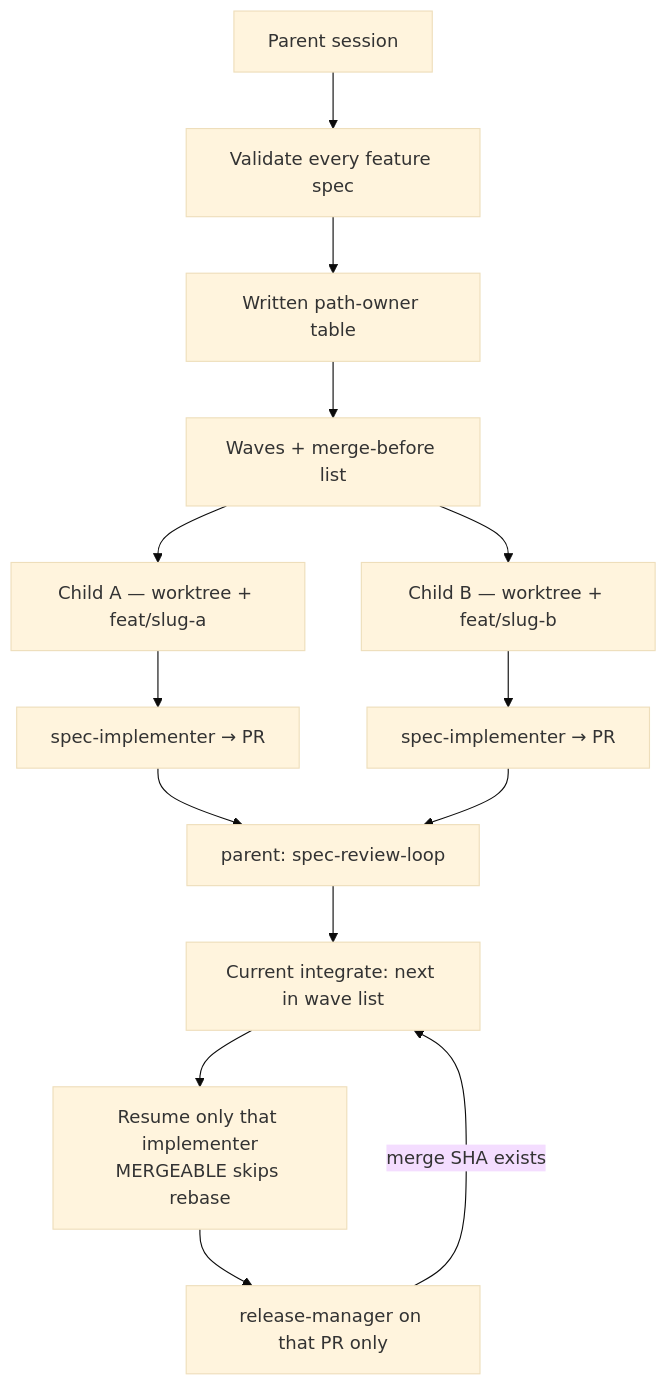
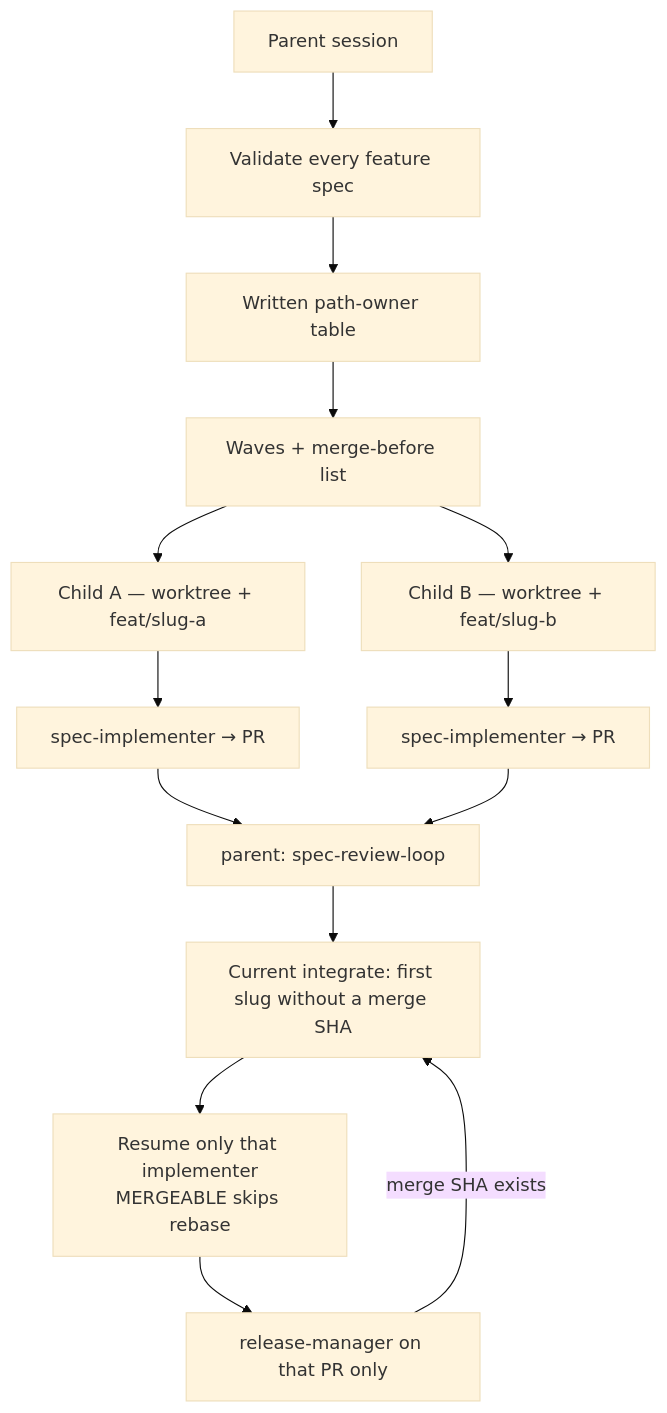
Before and after one commit to lonnylot/spec-loop: the fourth of 4 diagrams in README.md, drawn with Mermaid (base theme). The commit also changed 1 other file, not shown here.

Commit message:
docs: current integrate is first slug without a merge SHA
Initializing current to the first list slug re-selects a
merged PR 1 and can dispatch a second release-manager.

````diff
--- a/README.md
+++ b/README.md
@@ -128,16 +128,16 @@
 ```mermaid
 flowchart TB
   PARENT["Parent session"] --> SPECS["Validate every feature spec"]
   SPECS --> OWNERS["Written path-owner table"]
   OWNERS --> WAVE["Waves + merge-before list"]
   WAVE --> C1["Child A — worktree + feat/slug-a"]
   WAVE --> C2["Child B — worktree + feat/slug-b"]
   C1 --> A1["spec-implementer → PR"]
   C2 --> A2["spec-implementer → PR"]
   A1 --> REV["parent: spec-review-loop"]
   A2 --> REV
-  REV --> INTEG["Current integrate: next in wave list"]
+  REV --> INTEG["Current integrate: first slug without a merge SHA"]
   INTEG --> NEXT["Resume only that implementer<br/>MERGEABLE skips rebase"]
   NEXT --> RM["release-manager on that PR only"]
   RM -->|merge SHA exists| INTEG
 ```
````
